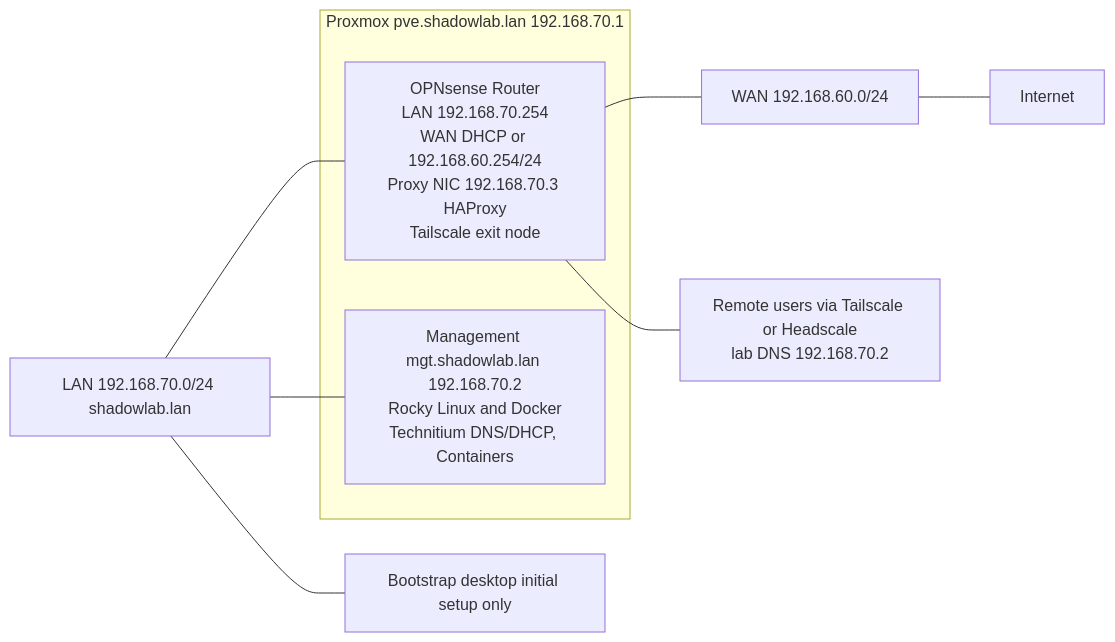
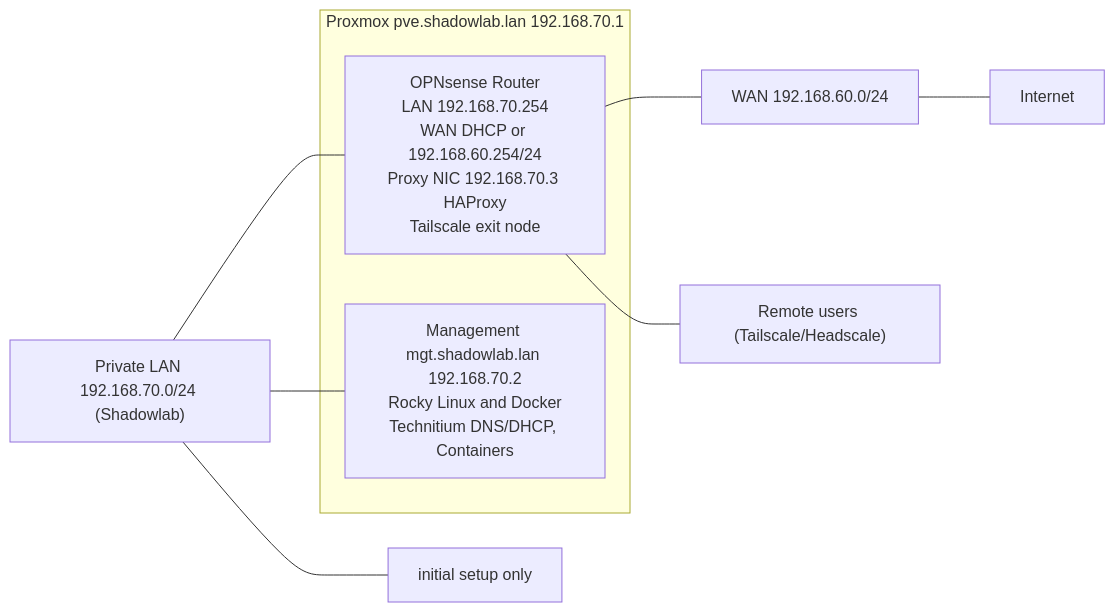
One commit to dirty-cache/shadowlab changed the diagram in docs/diagram.md. Above: the diagram before and after it, drawn with Mermaid.

````diff
--- a/docs/diagram.md
+++ b/docs/diagram.md
@@ -7,17 +7,17 @@
 ```mermaid
 flowchart RL
   internet[Internet]
   wan["WAN 192.168.60.0/24"]
   subgraph proxmox ["Proxmox pve.shadowlab.lan 192.168.70.1"]
     opnsense["OPNsense Router<br/>LAN 192.168.70.254<br/>WAN DHCP or 192.168.60.254/24<br/>Proxy NIC 192.168.70.3 HAProxy<br/>Tailscale exit node"]
     mgt["Management mgt.shadowlab.lan 192.168.70.2<br/>Rocky Linux and Docker<br/>Technitium DNS/DHCP, Containers"]
   end
-  lan["LAN 192.168.70.0/24 shadowlab.lan"]
-  bootstrap[Bootstrap desktop initial setup only]
-  remote["Remote users via Tailscale or Headscale<br/>lab DNS 192.168.70.2"]
+  lan["Private LAN 192.168.70.0/24 (Shadowlab)"]
+  bootstrap[initial setup only]
+  remote["Remote users (Tailscale/Headscale)"]
   internet --- wan --- opnsense
   opnsense --- lan
   mgt --- lan
   bootstrap --- lan
   remote --- opnsense
 ```
````
